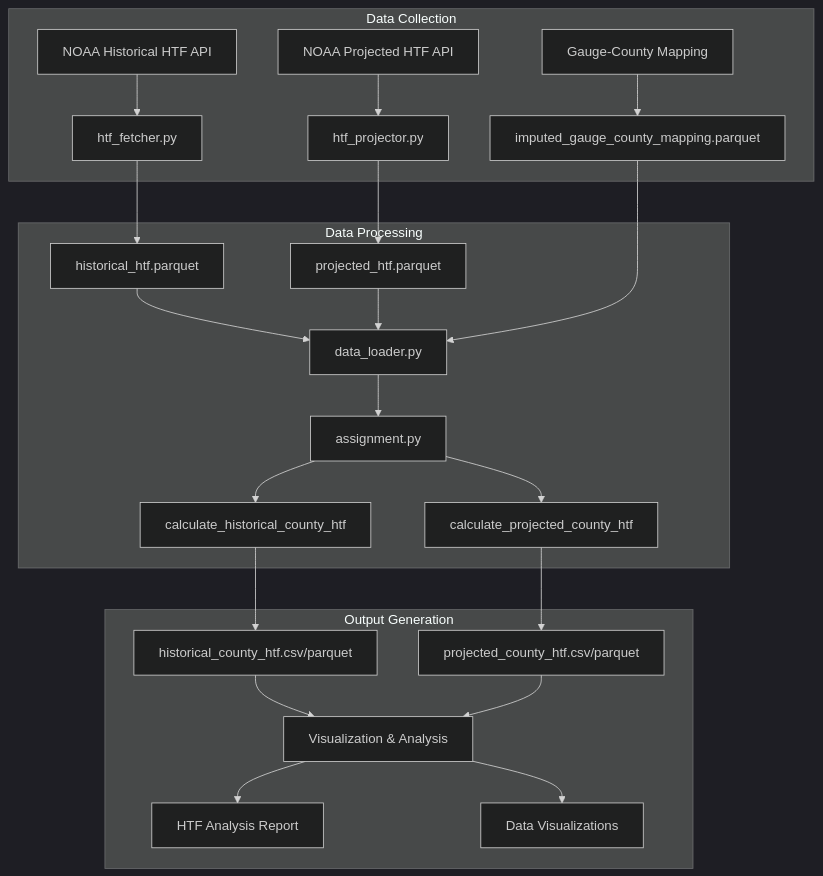
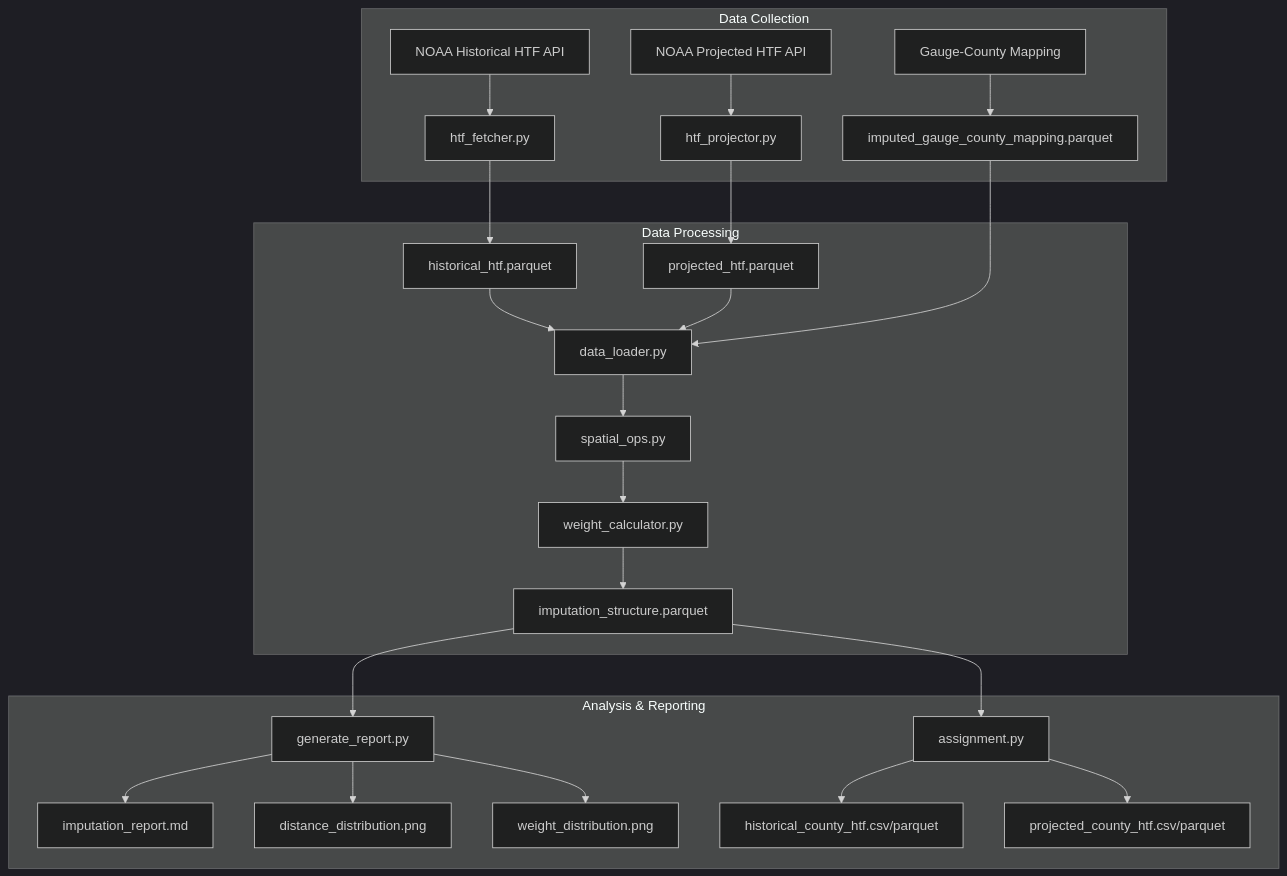
The second of 2 diagrams in README.md (mihiarc/rpa-slr), drawn with Mermaid (dark theme) before and after one commit. The commit also changed other lines of this file and 13 other files, not shown here.

Commit message:
Major updates: Added FIPS mappings config, improved region mapping and report generation. Enhanced error handling in region_mapper.py, improved FIPS code formatting, and updated map generation parameters. Added comprehensive data dictionaries and documentation.

````diff
--- a/README.md
+++ b/README.md
@@ -37,32 +37,32 @@
 ```mermaid
 graph TD
     subgraph Data Collection
         A[NOAA Historical HTF API] --> B[htf_fetcher.py]
         C[NOAA Projected HTF API] --> D[htf_projector.py]
         E[Gauge-County Mapping] --> F[imputed_gauge_county_mapping.parquet]
     end
 
     subgraph Data Processing
         B --> G[historical_htf.parquet]
         D --> H[projected_htf.parquet]
         
         G --> I[data_loader.py]
         H --> I
         F --> I
         
-        I --> J[assignment.py]
-        J --> K[calculate_historical_county_htf]
-        J --> L[calculate_projected_county_htf]
+        I --> J[spatial_ops.py]
+        J --> K[weight_calculator.py]
+        K --> L[imputation_structure.parquet]
     end
 
-    subgraph Output Generation
-        K --> M[historical_county_htf.csv/parquet]
-        L --> N[projected_county_htf.csv/parquet]
+    subgraph Analysis & Reporting
+        L --> M[generate_report.py]
+        M --> N[imputation_report.md]
+        M --> O[distance_distribution.png]
+        M --> P[weight_distribution.png]
         
-        M --> O[Visualization & Analysis]
-        N --> O
-        
-        O --> P[HTF Analysis Report]
-        O --> Q[Data Visualizations]
+        L --> Q[assignment.py]
+        Q --> R[historical_county_htf.csv/parquet]
+        Q --> S[projected_county_htf.csv/parquet]
     end
 ```
````
